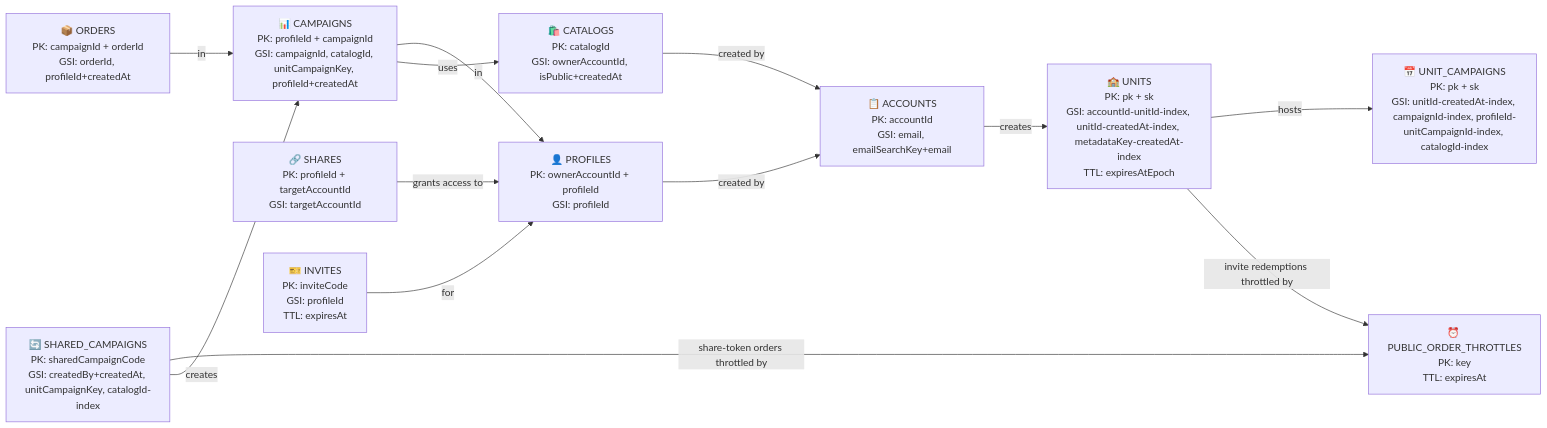
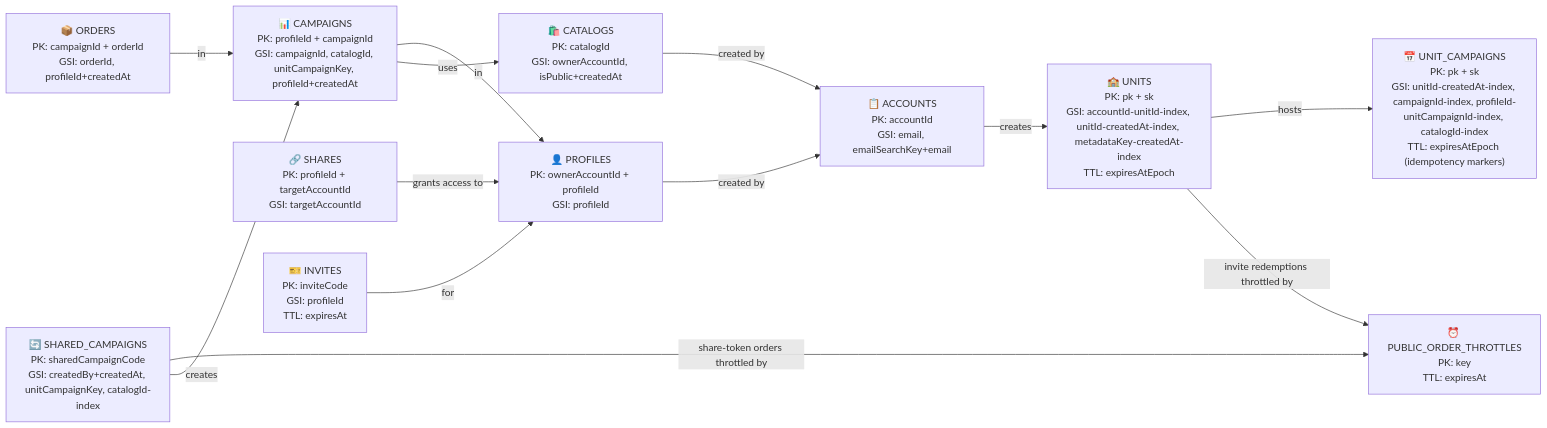
Before and after one commit to dmeiser/kernelworx: the first of 13 diagrams in docs/SCHEMA.md, drawn with Mermaid. The commit also changed other lines of this file and 6 other files, not shown here.

First line of the commit message:
fix(iam): scope Unit tables to new domain roles with TransactWriteItems; arm the marker TTL

````diff
--- a/docs/SCHEMA.md
+++ b/docs/SCHEMA.md
@@ -7,27 +7,27 @@
 ```mermaid
 graph LR
     A["📋 ACCOUNTS<br/>PK: accountId<br/>GSI: email, emailSearchKey+email"] 
     B["👤 PROFILES<br/>PK: ownerAccountId + profileId<br/>GSI: profileId"]
     C["📊 CAMPAIGNS<br/>PK: profileId + campaignId<br/>GSI: campaignId, catalogId, unitCampaignKey, profileId+createdAt"]
     D["📦 ORDERS<br/>PK: campaignId + orderId<br/>GSI: orderId, profileId+createdAt"]
     E["🛍️ CATALOGS<br/>PK: catalogId<br/>GSI: ownerAccountId, isPublic+createdAt"]
     F["🔗 SHARES<br/>PK: profileId + targetAccountId<br/>GSI: targetAccountId"]
     G["🎫 INVITES<br/>PK: inviteCode<br/>GSI: profileId<br/>TTL: expiresAt"]
     H["🔄 SHARED_CAMPAIGNS<br/>PK: sharedCampaignCode<br/>GSI: createdBy+createdAt, unitCampaignKey, catalogId-index"]
     I["⏰ PUBLIC_ORDER_THROTTLES<br/>PK: key<br/>TTL: expiresAt"]
     J["🏫 UNITS<br/>PK: pk + sk<br/>GSI: accountId-unitId-index, unitId-createdAt-index, metadataKey-createdAt-index<br/>TTL: expiresAtEpoch"]
-    K["📅 UNIT_CAMPAIGNS<br/>PK: pk + sk<br/>GSI: unitId-createdAt-index, campaignId-index, profileId-unitCampaignId-index, catalogId-index"]
+    K["📅 UNIT_CAMPAIGNS<br/>PK: pk + sk<br/>GSI: unitId-createdAt-index, campaignId-index, profileId-unitCampaignId-index, catalogId-index<br/>TTL: expiresAtEpoch (idempotency markers)"]
     
     B -->|created by| A
     A -->|creates| J
     J -->|hosts| K
     H -->|share-token orders throttled by| I
     J -->|invite redemptions throttled by| I
     C -->|in| B
     D -->|in| C
     C -->|uses| E
     F -->|grants access to| B
     G -->|for| B
     H -->|creates| C
     E -->|created by| A
 ```
````
